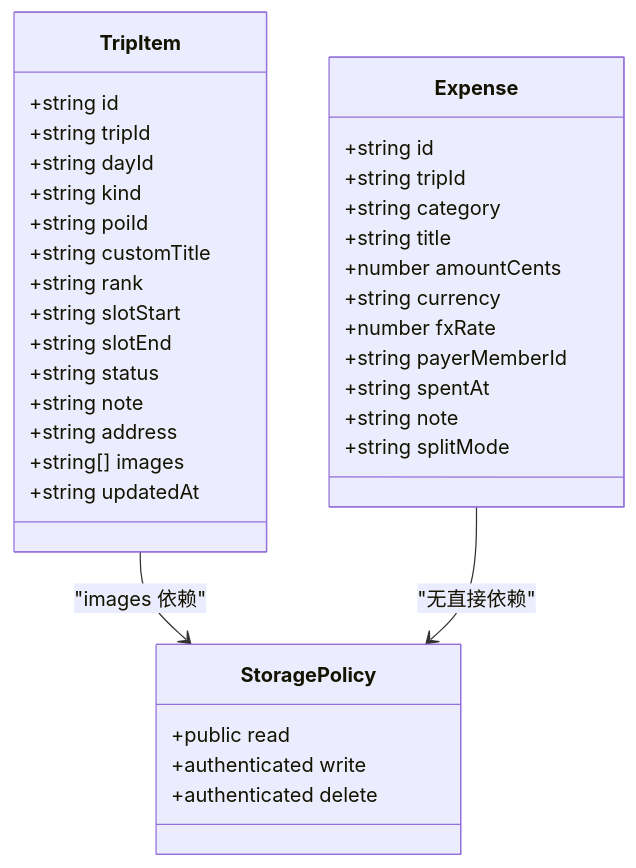
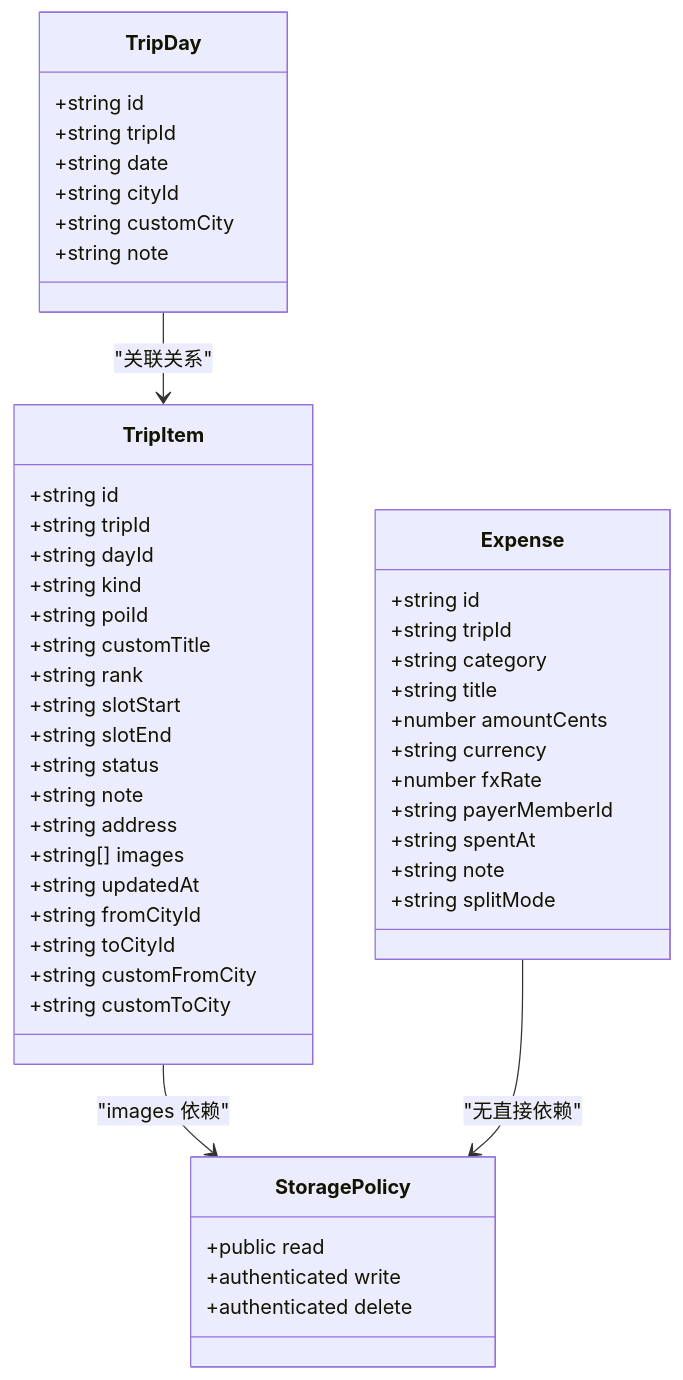
The seventh of 7 diagrams in .qoder/repowiki/zh/content/数据库设计/数据迁移管理.md (huangyilu/wanwuyishi), drawn with Mermaid before and after one commit. The commit also changed other lines of this file and 108 other files, not shown here.

````diff
--- a/.qoder/repowiki/zh/content/数据库设计/数据迁移管理.md
+++ b/.qoder/repowiki/zh/content/数据库设计/数据迁移管理.md
@@ -299,39 +360,52 @@
 ```mermaid
 classDiagram
+class TripDay {
++string id
++string tripId
++string date
++string cityId
++string customCity
++string note
+}
 class TripItem {
 +string id
 +string tripId
 +string dayId
 +string kind
 +string poiId
 +string customTitle
 +string rank
 +string slotStart
 +string slotEnd
 +string status
 +string note
 +string address
 +string[] images
 +string updatedAt
++string fromCityId
++string toCityId
++string customFromCity
++string customToCity
 }
 class Expense {
 +string id
 +string tripId
 +string category
 +string title
 +number amountCents
 +string currency
 +number fxRate
 +string payerMemberId
 +string spentAt
 +string note
 +string splitMode
 }
 class StoragePolicy {
 +public read
 +authenticated write
 +authenticated delete
 }
 TripItem --> StoragePolicy : "images 依赖"
 Expense --> StoragePolicy : "无直接依赖"
+TripDay --> TripItem : "关联关系"
 ```
````
